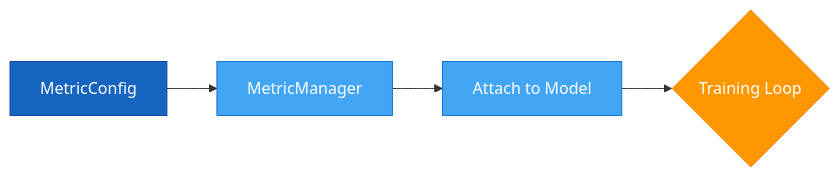
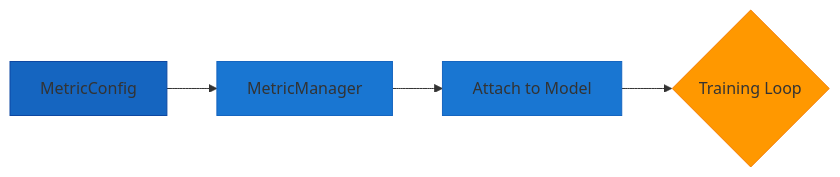
One commit to theja-vanka/AutoTimm changed the first of 2 diagrams in docs/user-guide/evaluation/metrics.md. Above: the diagram before and after it, drawn with Mermaid. The commit also changed other lines of this file and 37 other files, not shown here.

````diff
--- a/docs/user-guide/evaluation/metrics.md
+++ b/docs/user-guide/evaluation/metrics.md
@@ -9,11 +9,11 @@
 ```mermaid
 graph LR
     A[MetricConfig] --> B[MetricManager]
     B --> C[Attach to Model]
     C --> D{Training Loop}
 
-    style A fill:#1565C0,stroke:#0D47A1,color:#fff
-    style B fill:#42A5F5,stroke:#1976D2,color:#fff
-    style C fill:#42A5F5,stroke:#1976D2,color:#fff
-    style D fill:#FF9800,stroke:#F57C00,color:#fff
+    style A fill:#1565C0,stroke:#0D47A1
+    style B fill:#1976D2,stroke:#1565C0
+    style C fill:#1976D2,stroke:#1565C0
+    style D fill:#FF9800,stroke:#F57C00
 ```
````
